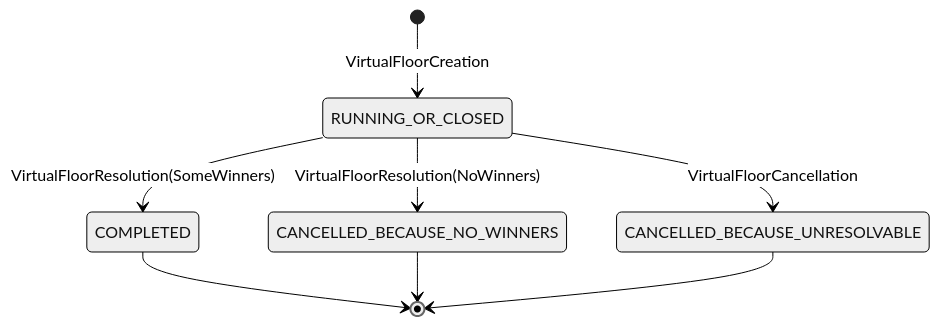
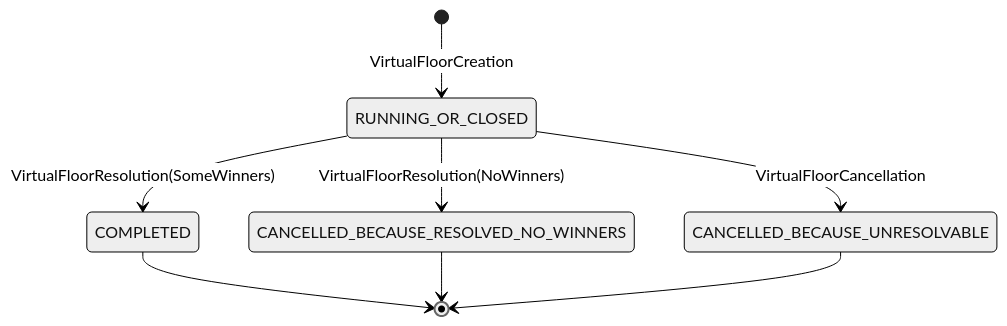
Before and after one commit to 0xsaxit/doubledice: the second of 2 diagrams in platform/docs/STATE.md, drawn with Mermaid (neutral theme). The commit also changed other lines of this file and 7 other files, not shown here.

Commit message:
:recycle: Split Cancelled on-chain state into Unresolvable|NoWinners

````diff
--- a/platform/docs/STATE.md
+++ b/platform/docs/STATE.md
@@ -24,10 +25,10 @@
 ```mermaid
 stateDiagram-v2
     [*] --> RUNNING_OR_CLOSED: VirtualFloorCreation
     RUNNING_OR_CLOSED --> COMPLETED: VirtualFloorResolution(SomeWinners)
-    RUNNING_OR_CLOSED --> CANCELLED_BECAUSE_NO_WINNERS: VirtualFloorResolution(NoWinners)
+    RUNNING_OR_CLOSED --> CANCELLED_BECAUSE_RESOLVED_NO_WINNERS: VirtualFloorResolution(NoWinners)
     RUNNING_OR_CLOSED --> CANCELLED_BECAUSE_UNRESOLVABLE: VirtualFloorCancellation
     COMPLETED --> [*]
-    CANCELLED_BECAUSE_NO_WINNERS --> [*]
+    CANCELLED_BECAUSE_RESOLVED_NO_WINNERS --> [*]
     CANCELLED_BECAUSE_UNRESOLVABLE --> [*]
 ```
````
